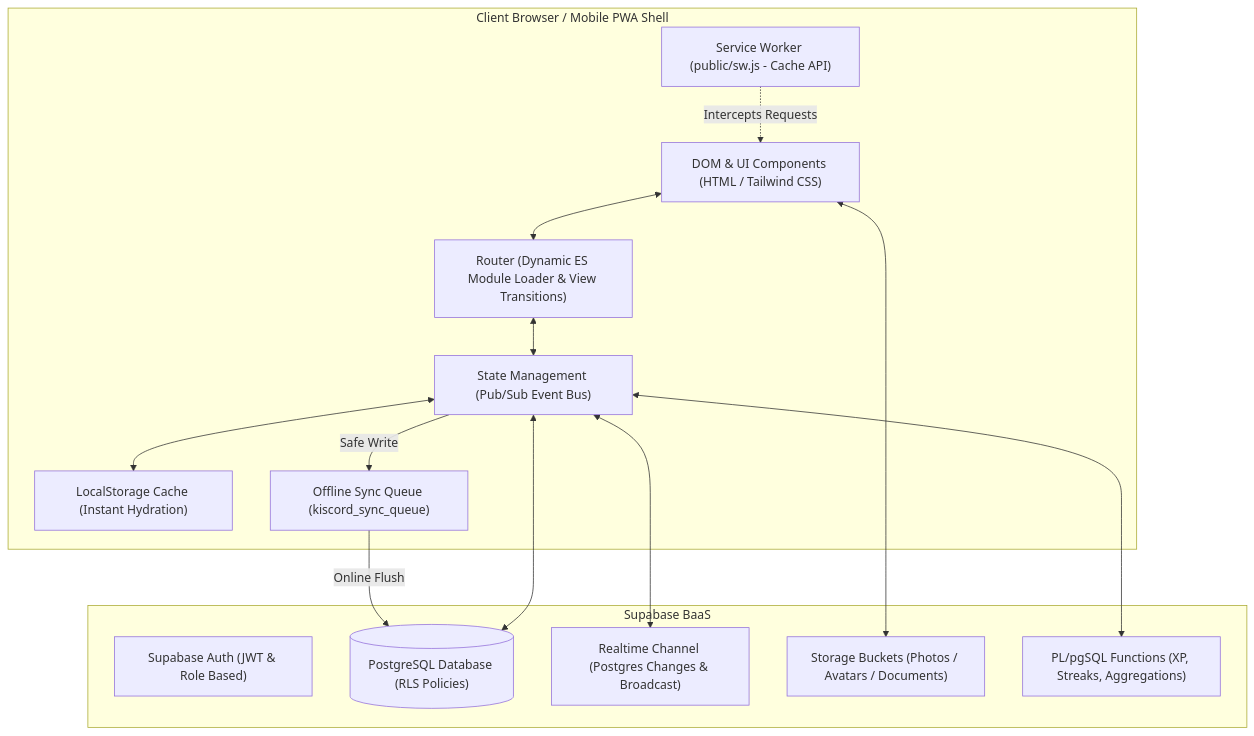
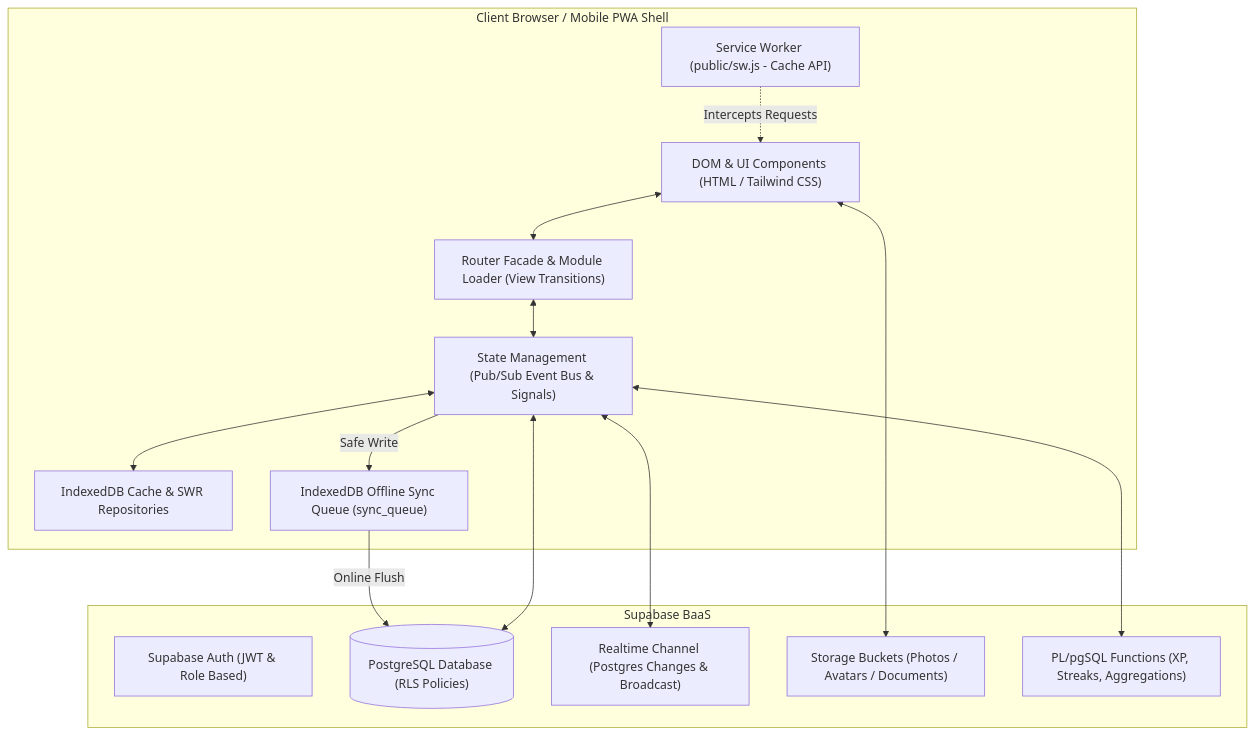
The diagram in README.md (josefmvalek/kiscord), drawn with Mermaid before and after one commit. The commit also changed other lines of this file and 51 other files, not shown here.

````diff
--- a/README.md
+++ b/README.md
@@ -56,30 +60,30 @@
 ```mermaid
 flowchart TD
     subgraph Client ["Client Browser / Mobile PWA Shell"]
         UI["DOM & UI Components (HTML / Tailwind CSS)"]
-        Router["Router (Dynamic ES Module Loader & View Transitions)"]
-        State["State Management (Pub/Sub Event Bus)"]
-        Cache["LocalStorage Cache (Instant Hydration)"]
-        Queue["Offline Sync Queue (kiscord_sync_queue)"]
+        Router["Router Facade & Module Loader (View Transitions)"]
+        State["State Management (Pub/Sub Event Bus & Signals)"]
+        Cache["IndexedDB Cache & SWR Repositories"]
+        Queue["IndexedDB Offline Sync Queue (sync_queue)"]
         SW["Service Worker (public/sw.js - Cache API)"]
     end
 
     subgraph Backend ["Supabase BaaS"]
         Auth["Supabase Auth (JWT & Role Based)"]
         Postgres[("PostgreSQL Database (RLS Policies)")]
         Realtime["Realtime Channel (Postgres Changes & Broadcast)"]
         Storage["Storage Buckets (Photos / Avatars / Documents)"]
         RPC["PL/pgSQL Functions (XP, Streaks, Aggregations)"]
     end
 
     UI <--> Router
     Router <--> State
     State <--> Cache
     State -->|Safe Write| Queue
     Queue -->|Online Flush| Postgres
     State <--> Realtime
     State <--> Postgres
     UI <--> Storage
     State <--> RPC
     SW -.->|Intercepts Requests| UI
 ```
````
